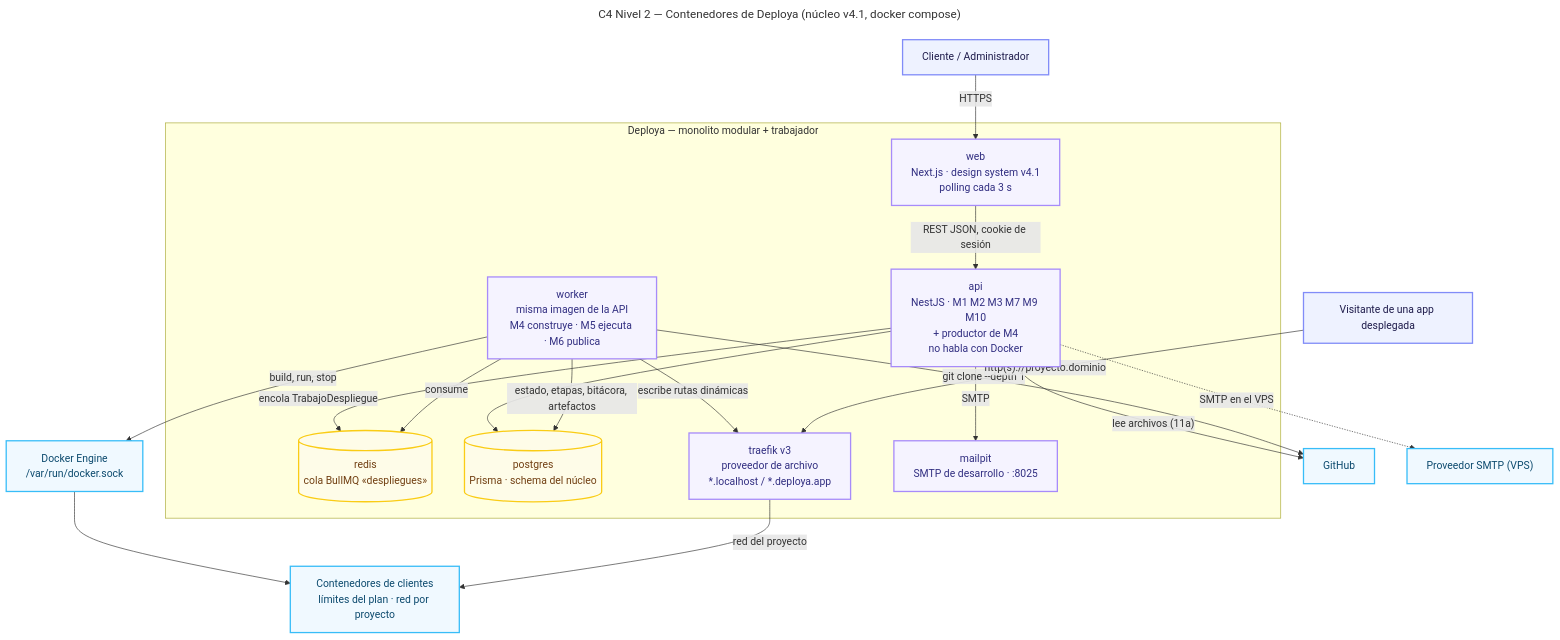
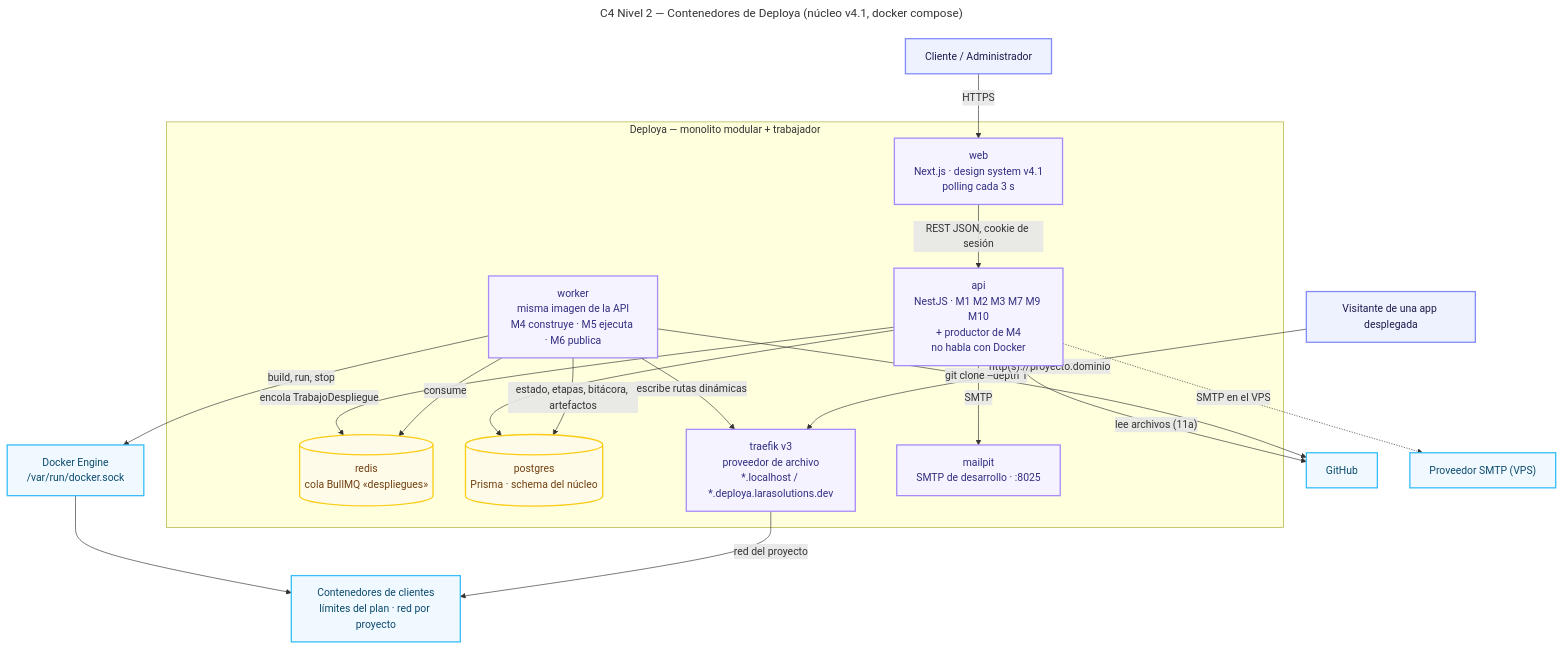
The diagram in docs/diagramas/compartido/c4-contenedores.mmd (derekCmorales/deploya), drawn with Mermaid before and after one commit. The commit also changed 22 other files, not shown here.

```diff
--- a/docs/diagramas/compartido/c4-contenedores.mmd
+++ b/docs/diagramas/compartido/c4-contenedores.mmd
@@ -1,46 +1,46 @@
 ---
 title: C4 Nivel 2 — Contenedores de Deploya (núcleo v4.1, docker compose)
 ---
 flowchart TB
     CLIENTE["Cliente / Administrador"]
     VISITANTE["Visitante de una app desplegada"]
 
     subgraph DEPLOYA["Deploya — monolito modular + trabajador"]
         WEB["web<br/>Next.js · design system v4.1<br/>polling cada 3 s"]
         API["api<br/>NestJS · M1 M2 M3 M7 M9 M10<br/>+ productor de M4<br/>no habla con Docker"]
         WORKER["worker<br/>misma imagen de la API<br/>M4 construye · M5 ejecuta · M6 publica"]
         REDIS[("redis<br/>cola BullMQ «despliegues»")]
         BD[("postgres<br/>Prisma · schema del núcleo")]
-        EDGE["traefik v3<br/>proveedor de archivo<br/>*.localhost / *.deploya.app"]
+        EDGE["traefik v3<br/>proveedor de archivo<br/>*.localhost / *.deploya.larasolutions.dev"]
         MAILPIT["mailpit<br/>SMTP de desarrollo · :8025"]
     end
 
     DOCKER["Docker Engine<br/>/var/run/docker.sock"]
     APPS["Contenedores de clientes<br/>límites del plan · red por proyecto"]
     GIT["GitHub"]
     SMTP["Proveedor SMTP (VPS)"]
 
     CLIENTE -->|HTTPS| WEB
     WEB -->|"REST JSON, cookie de sesión"| API
     API --> BD
     API -->|"encola TrabajoDespliegue"| REDIS
     API -->|"lee archivos (11a)"| GIT
     API -->|"SMTP"| MAILPIT
     API -.->|"SMTP en el VPS"| SMTP
     WORKER -->|"consume"| REDIS
     WORKER -->|"estado, etapas, bitácora, artefactos"| BD
     WORKER -->|"git clone --depth 1"| GIT
     WORKER -->|"build, run, stop"| DOCKER
     WORKER -->|"escribe rutas dinámicas"| EDGE
     DOCKER --> APPS
     VISITANTE -->|"http(s)://proyecto.dominio"| EDGE
     EDGE -->|"red del proyecto"| APPS
 
     classDef persona fill:#eef2ff,stroke:#818cf8,stroke-width:2px,color:#1e1b4b
     classDef app fill:#f5f3ff,stroke:#a78bfa,stroke-width:2px,color:#312e81
     classDef data fill:#fefce8,stroke:#facc15,stroke-width:2px,color:#713f12
     classDef ext fill:#f0f9ff,stroke:#38bdf8,stroke-width:2px,color:#0c4a6e
     class CLIENTE,VISITANTE persona
     class WEB,API,WORKER,EDGE,MAILPIT app
     class REDIS,BD data
     class DOCKER,APPS,GIT,SMTP ext
```
